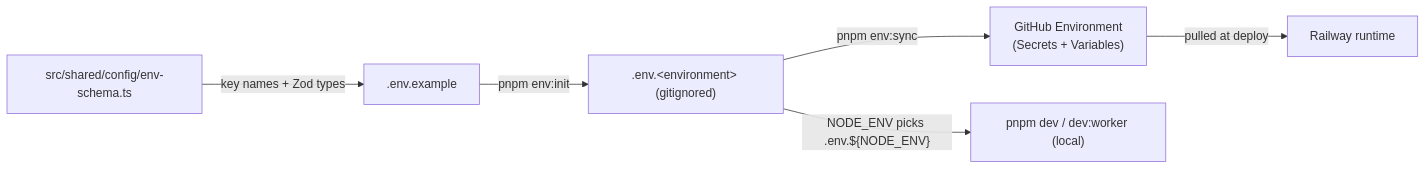
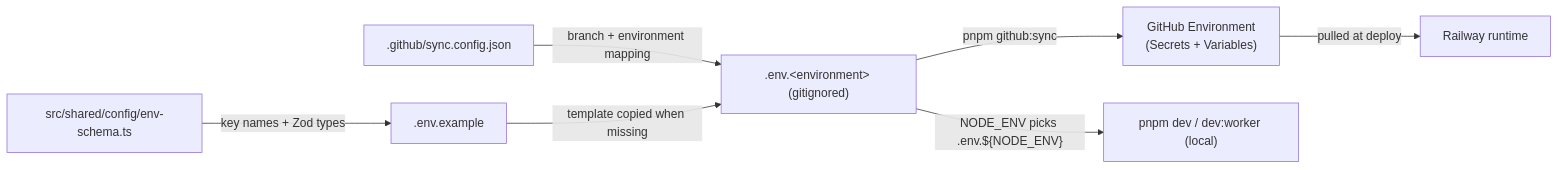
One commit to nikunjmavani/core-be changed the first of 2 diagrams in docs/deployment/runbooks/environment-variables.md. Above: the diagram before and after it, drawn with Mermaid. The commit also changed other lines of this file and 117 other files, not shown here.

````diff
--- a/docs/deployment/runbooks/environment-variables.md
+++ b/docs/deployment/runbooks/environment-variables.md
@@ -49,8 +50,9 @@
 ```mermaid
 flowchart LR
   S[src/shared/config/env-schema.ts] -- "key names + Zod types" --> T[.env.example]
-  T -- pnpm env:init --> D[".env.&lt;environment&gt; (gitignored)"]
-  D -- pnpm env:sync --> G["GitHub Environment\n(Secrets + Variables)"]
+  Cfg[".github/sync.config.json"] -- "branch + environment mapping" --> D[".env.&lt;environment&gt; (gitignored)"]
+  T -- "template copied when missing" --> D
+  D -- pnpm github:sync --> G["GitHub Environment\n(Secrets + Variables)"]
   G -- pulled at deploy --> R[Railway runtime]
   D -- "NODE_ENV picks .env.${NODE_ENV}" --> L["pnpm dev / dev:worker (local)"]
 ```
````
